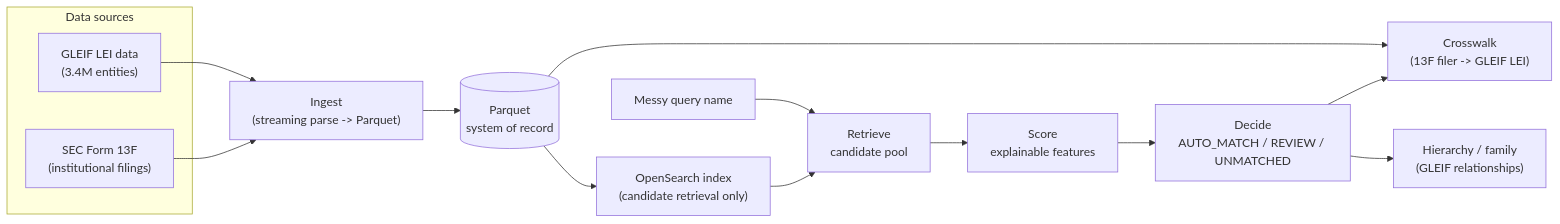
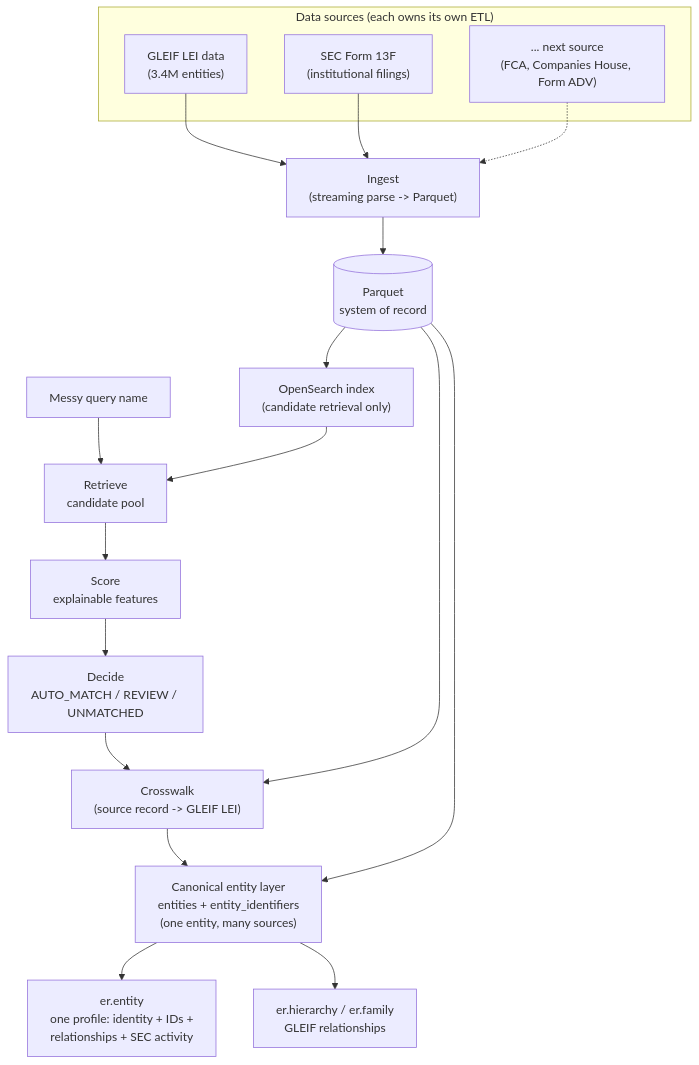
Before and after one commit to yasir-khalid/institutional-entity-intelligence: the diagram in README.md, drawn with Mermaid. The commit also changed other lines of this file and 21 other files, not shown here.

First line of the commit message:
Add canonical entity layer (er.entity) and fix two real dangerous-match bugs

````diff
--- a/README.md
+++ b/README.md
@@ -14,23 +14,29 @@
 ```mermaid
-flowchart LR
-    subgraph sources["Data sources"]
+flowchart TB
+    subgraph sources["Data sources (each owns its own ETL)"]
         GLEIF["GLEIF LEI data\n(3.4M entities)"]
         SEC13F["SEC Form 13F\n(institutional filings)"]
+        FUTURE["... next source\n(FCA, Companies House, Form ADV)"]
     end
 
     GLEIF --> ingest["Ingest\n(streaming parse -> Parquet)"]
     SEC13F --> ingest
+    FUTURE -.-> ingest
 
     ingest --> parquet[("Parquet\nsystem of record")]
     parquet --> index["OpenSearch index\n(candidate retrieval only)"]
 
     query["Messy query name"] --> retrieve
     index --> retrieve["Retrieve\ncandidate pool"]
     retrieve --> score["Score\nexplainable features"]
     score --> decide["Decide\nAUTO_MATCH / REVIEW / UNMATCHED"]
 
-    parquet --> crosswalk["Crosswalk\n(13F filer -> GLEIF LEI)"]
-    decide --> crosswalk
+    decide --> crosswalk["Crosswalk\n(source record -> GLEIF LEI)"]
+    parquet --> crosswalk
 
-    decide --> hierarchy["Hierarchy / family\n(GLEIF relationships)"]
+    crosswalk --> canonical["Canonical entity layer\nentities + entity_identifiers\n(one entity, many sources)"]
+    parquet --> canonical
+
+    canonical --> profile["er.entity\none profile: identity + IDs +\nrelationships + SEC activity"]
+    canonical --> hierarchy["er.hierarchy / er.family\nGLEIF relationships"]
 ```
````
